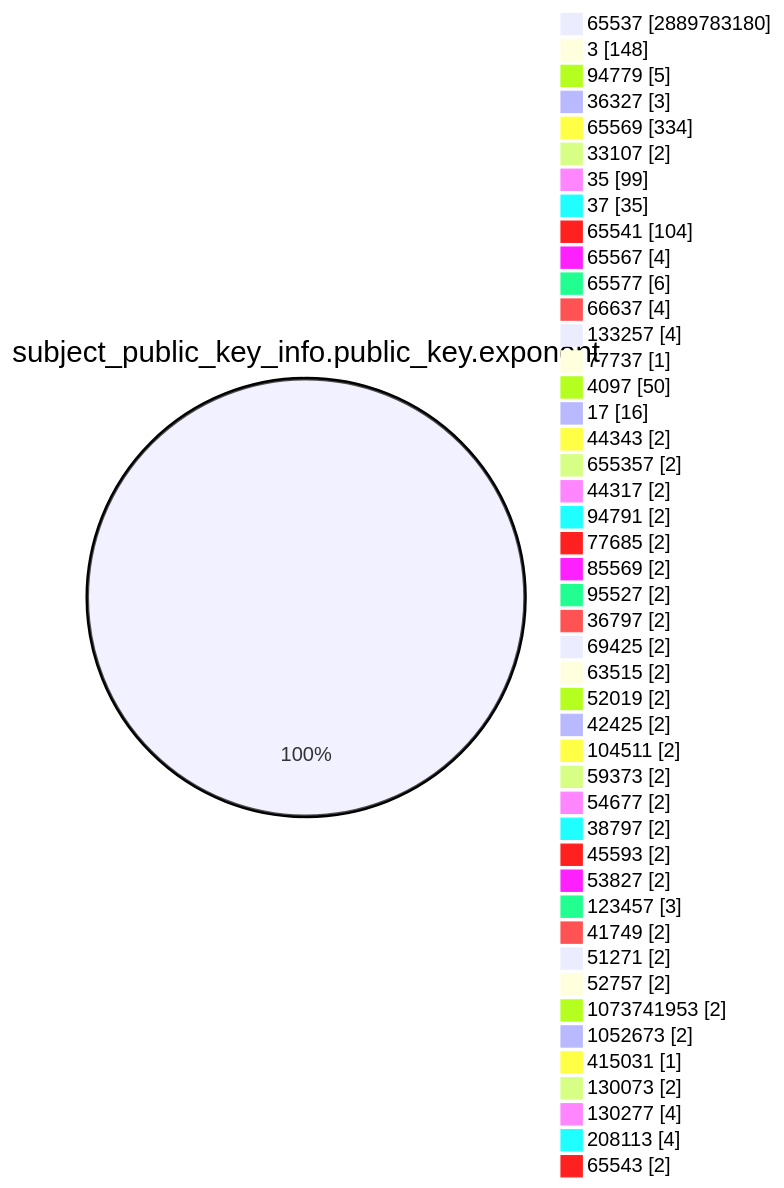
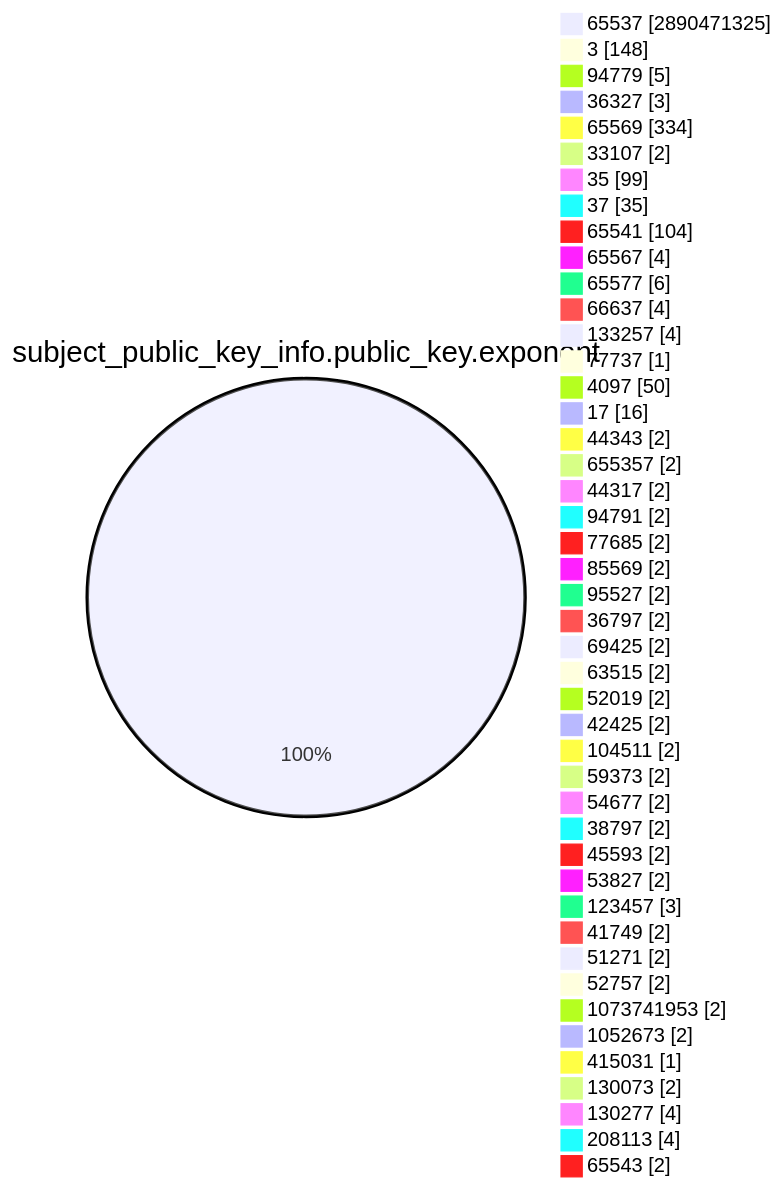
One commit to christiankrug/ctmonitor_visualization changed the fourth of 15 diagrams in TOTAL/README.md. Above: the diagram before and after it, drawn with Mermaid. The commit also changed other lines of this file, not shown here.

````diff
--- a/TOTAL/README.md
+++ b/TOTAL/README.md
@@ -1468,49 +1468,49 @@
 ```mermaid
 pie showData
 title subject_public_key_info.public_key.exponent
-"65537" :2889783180
+"65537" :2890471325
 "3" :148
 "94779" :5
 "36327" :3
 "65569" :334
 "33107" :2
 "35" :99
 "37" :35
 "65541" :104
 "65567" :4
 "65577" :6
 "66637" :4
 "133257" :4
 "77737" :1
 "4097" :50
 "17" :16
 "44343" :2
 "655357" :2
 "44317" :2
 "94791" :2
 "77685" :2
 "85569" :2
 "95527" :2
 "36797" :2
 "69425" :2
 "63515" :2
 "52019" :2
 "42425" :2
 "104511" :2
 "59373" :2
 "54677" :2
 "38797" :2
 "45593" :2
 "53827" :2
 "123457" :3
 "41749" :2
 "51271" :2
 "52757" :2
 "1073741953" :2
 "1052673" :2
 "415031" :1
 "130073" :2
 "130277" :4
 "208113" :4
 "65543" :2
 ```
````
